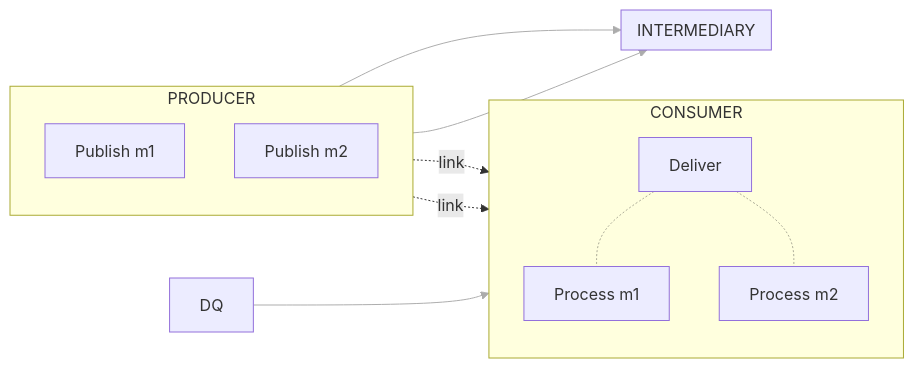
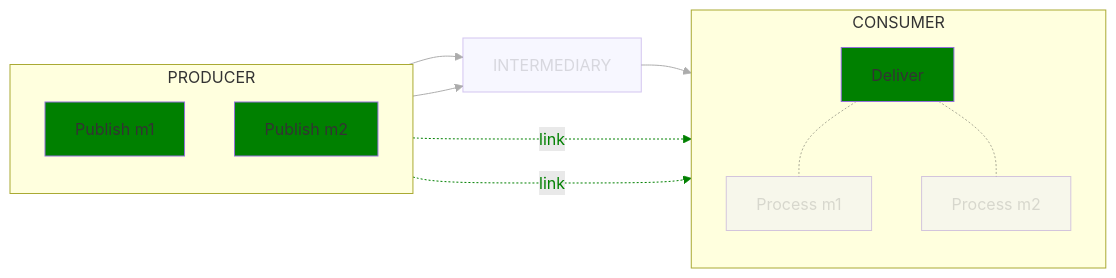
One commit to open-telemetry/oteps changed diagram 13 of 13 in text/trace/0220-messaging-semantic-conventions-span-structure.md. Above: the diagram before and after it, drawn with Mermaid. The commit also changed other lines of this file, not shown here.

Commit message:
Fix mermaid colors

````diff
--- a/text/trace/0220-messaging-semantic-conventions-span-structure.md
+++ b/text/trace/0220-messaging-semantic-conventions-span-structure.md
@@ -530,24 +569,25 @@
 ```mermaid
 flowchart LR;
   subgraph PRODUCER
   direction TB
   PM1[Publish m1]
   PM2[Publish m2]
-  end
-  subgraph INTERMEDIARY
   end
   subgraph CONSUMER
   direction TB
   D[Deliver]-.-PRM1[Process m1]
   D-.-PRM2[Process m2]
   end
   PM1-. link .->D;
   PM2-. link .->D;
   PM1-->INTERMEDIARY;
   PM2-->INTERMEDIARY;
-  DQ-->D;
+  INTERMEDIARY-->D;
 
+  classDef normal fill:green
+  class PM1,PM2,D normal
   classDef additional opacity:0.4
-  class additional INTERMEDIARY,PRM1,PRM2
+  class INTERMEDIARY,PRM1,PRM2 additional
   linkStyle 0,1,4,5,6 opacity:0.4
+  linkStyle 2,3 color:green,stroke:green
 ```
````
